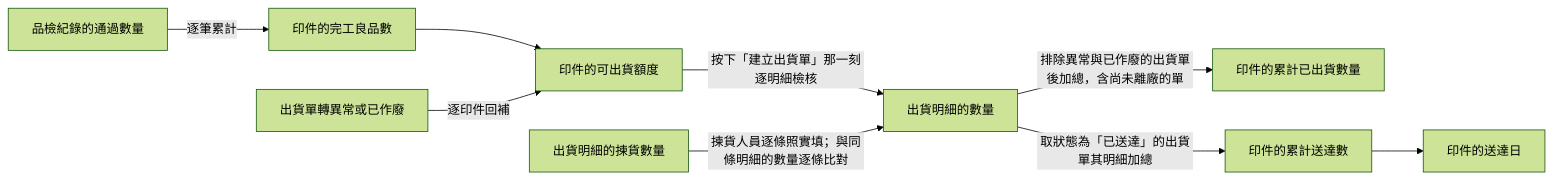
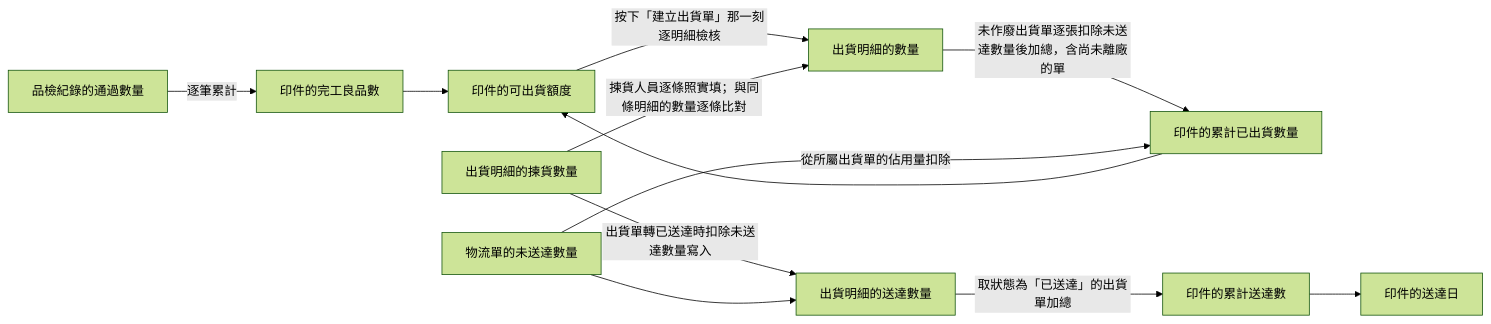
One commit to Kawato-Miles/erp-spec changed the third of 4 diagrams in memory/Sens_wiki/wiki/erp/05-entities/履約與售後資料結構總覽.md. Above: the diagram before and after it, drawn with Mermaid (forest theme). The commit also changed other lines of this file and 29 other files, not shown here.

````diff
--- a/memory/Sens_wiki/wiki/erp/05-entities/履約與售後資料結構總覽.md
+++ b/memory/Sens_wiki/wiki/erp/05-entities/履約與售後資料結構總覽.md
@@ -92,11 +108,14 @@
 ```mermaid
 flowchart LR
     Q1["品檢紀錄的通過數量"] -->|"逐筆累計"| Q2["印件的完工良品數"]
     Q2 --> Q3["印件的可出貨額度"]
     Q3 -->|"按下「建立出貨單」那一刻逐明細檢核"| Q4["出貨明細的數量"]
-    Q4 -->|"排除異常與已作廢的出貨單後加總，含尚未離廠的單"| Q5["印件的累計已出貨數量"]
-    Q4 -->|"取狀態為「已送達」的出貨單其明細加總"| Q6["印件的累計送達數"]
+    Q4 -->|"未作廢出貨單逐張扣除未送達數量後加總，含尚未離廠的單"| Q5["印件的累計已出貨數量"]
+    Q5 --> Q3
+    U["物流單的未送達數量"] -->|"從所屬出貨單的佔用量扣除"| Q5
+    Q8["出貨明細的揀貨數量"] -->|"揀貨人員逐條照實填；與同條明細的數量逐條比對"| Q4
+    Q8 -->|"出貨單轉已送達時扣除未送達數量寫入"| Q10["出貨明細的送達數量"]
+    U --> Q10
+    Q10 -->|"取狀態為「已送達」的出貨單加總"| Q6["印件的累計送達數"]
     Q6 --> Q7["印件的送達日"]
-    Q8["出貨明細的揀貨數量"] -->|"揀貨人員逐條照實填；與同條明細的數量逐條比對"| Q4
-    Q9["出貨單轉異常或已作廢"] -->|"逐印件回補"| Q3
 ```
````
